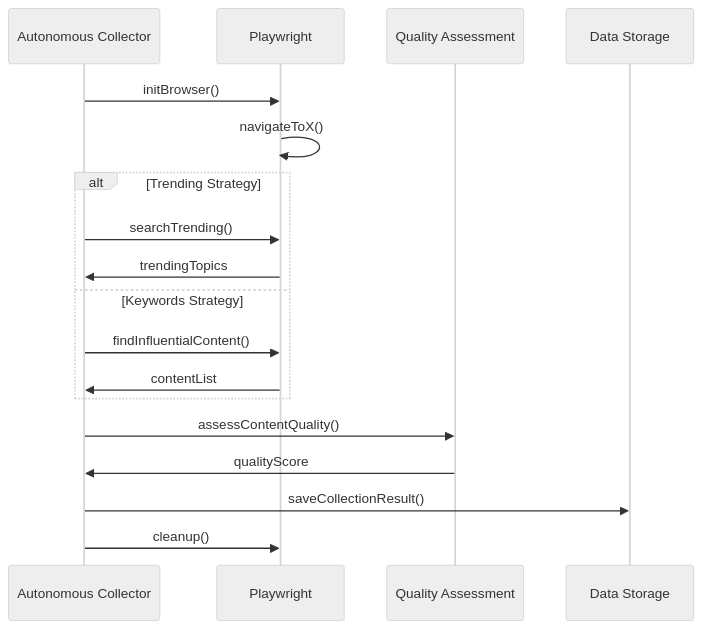
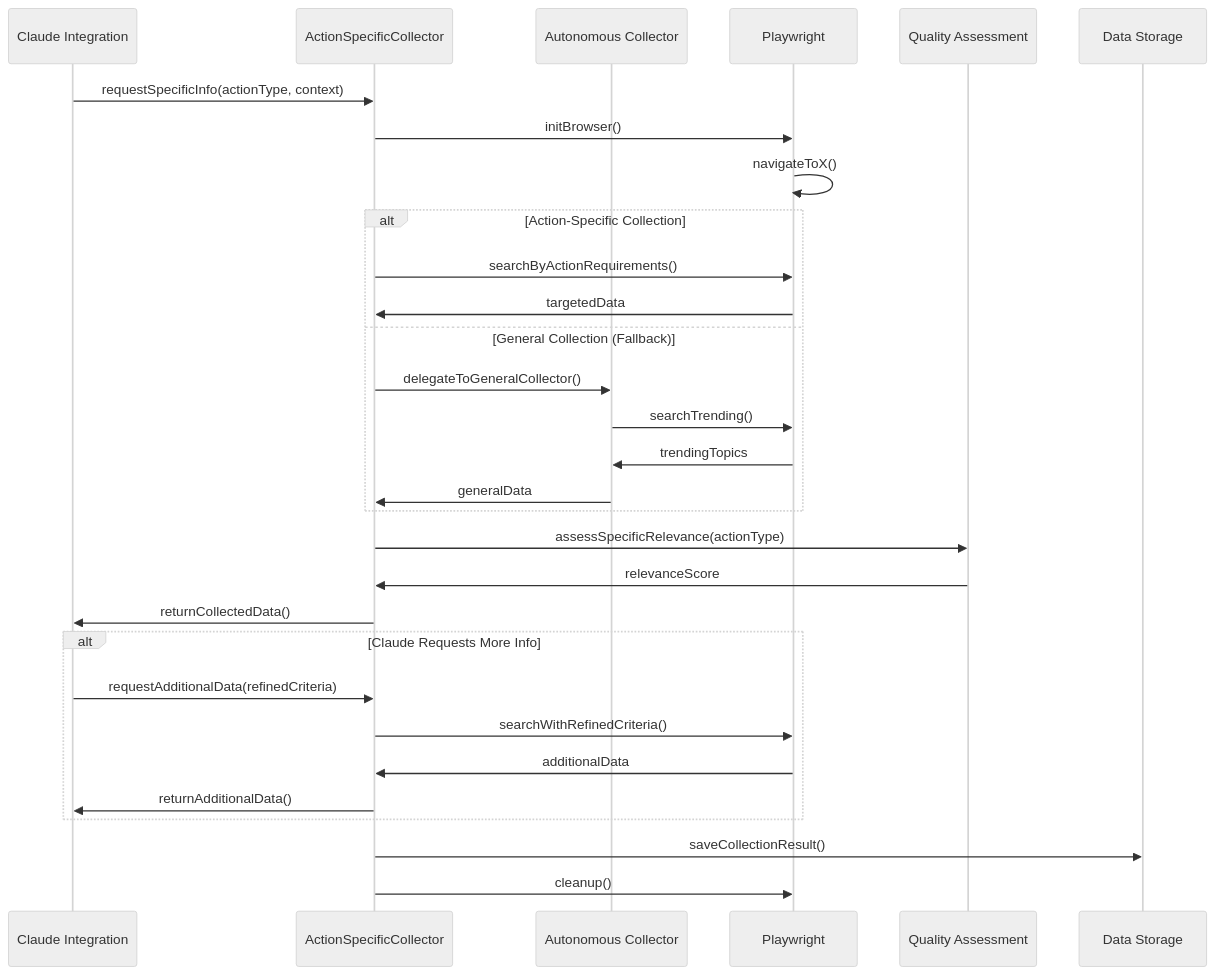
The third of 4 diagrams in docs/architecture.md (rnrnstar2/TradingAssistantX), drawn with Mermaid (neutral theme) before and after one commit. The commit also changed other lines of this file and 3114 other files, not shown here.

````diff
--- a/docs/architecture.md
+++ b/docs/architecture.md
@@ -129,24 +157,38 @@
 ```mermaid
 sequenceDiagram
+    participant CMI as Claude Integration
+    participant ASC as ActionSpecificCollector
     participant AXC as Autonomous Collector
     participant PW as Playwright
     participant QA as Quality Assessment
     participant DATA as Data Storage
     
-    AXC->>PW: initBrowser()
+    CMI->>ASC: requestSpecificInfo(actionType, context)
+    ASC->>PW: initBrowser()
     PW->>PW: navigateToX()
     
-    alt Trending Strategy
+    alt Action-Specific Collection
+        ASC->>PW: searchByActionRequirements()
+        PW->>ASC: targetedData
+    else General Collection (Fallback)
+        ASC->>AXC: delegateToGeneralCollector()
         AXC->>PW: searchTrending()
         PW->>AXC: trendingTopics
-    else Keywords Strategy
-        AXC->>PW: findInfluentialContent()
-        PW->>AXC: contentList
+        AXC->>ASC: generalData
     end
     
-    AXC->>QA: assessContentQuality()
-    QA->>AXC: qualityScore
+    ASC->>QA: assessSpecificRelevance(actionType)
+    QA->>ASC: relevanceScore
     
-    AXC->>DATA: saveCollectionResult()
-    AXC->>PW: cleanup()
+    ASC->>CMI: returnCollectedData()
+    
+    alt Claude Requests More Info
+        CMI->>ASC: requestAdditionalData(refinedCriteria)
+        ASC->>PW: searchWithRefinedCriteria()
+        PW->>ASC: additionalData
+        ASC->>CMI: returnAdditionalData()
+    end
+    
+    ASC->>DATA: saveCollectionResult()
+    ASC->>PW: cleanup()
 ```
````
